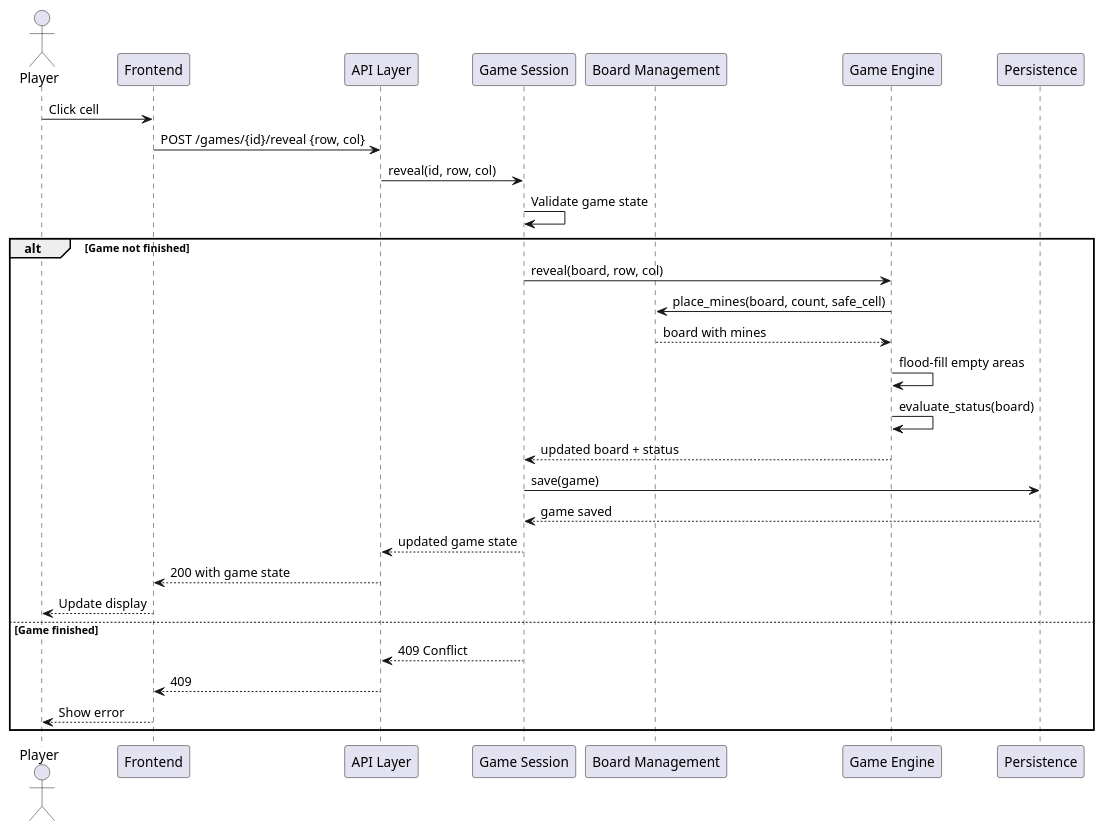
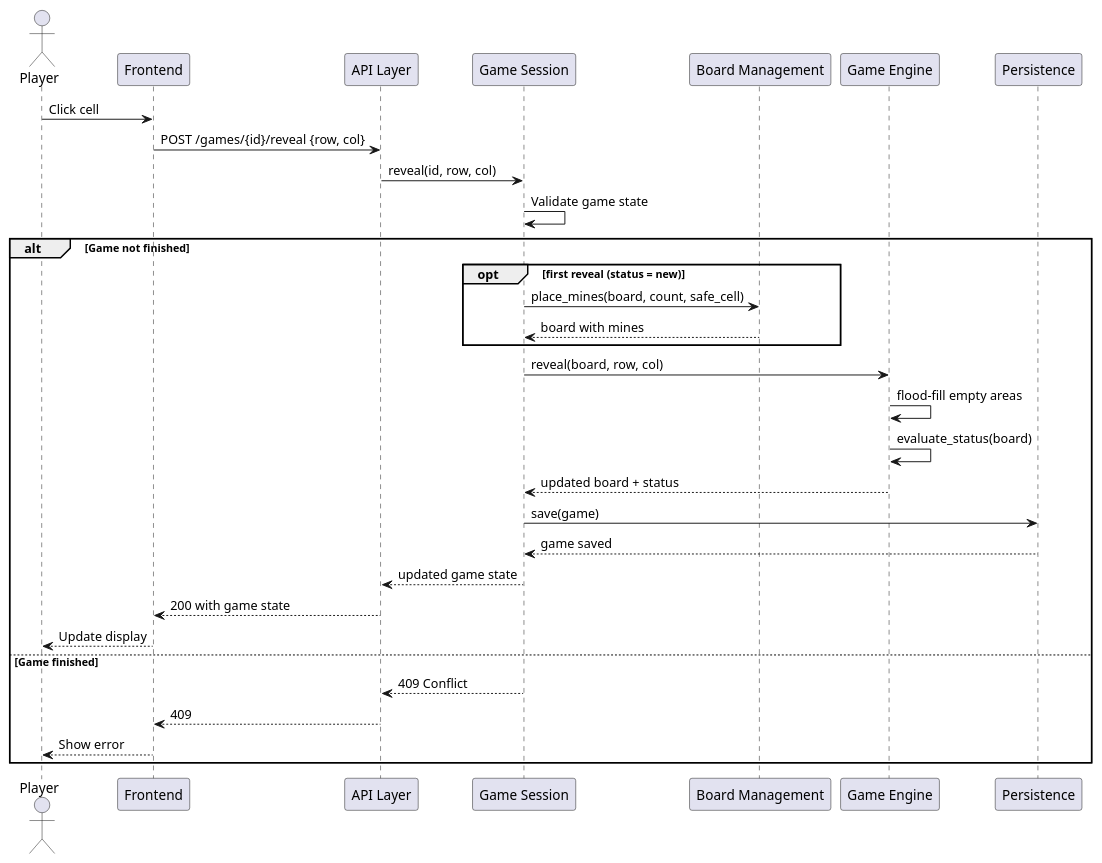
The diagram in architecture/diagrams/runtime-reveal-cell.puml (relunaria/agentic-sdlc-arina-osinnikova), drawn with PlantUML before and after one commit. The commit also changed 4 other files, not shown here.

Commit message:
#3 fix(architecture): place mines on first reveal only; add PlantUML pre-commit hook

```diff
--- a/architecture/diagrams/runtime-reveal-cell.puml
+++ b/architecture/diagrams/runtime-reveal-cell.puml
@@ -1,34 +1,36 @@
 @startuml runtime-reveal-cell
 !pragma layout smetana
 
 actor Player
 participant "Frontend" as FE
 participant "API Layer" as API
 participant "Game Session" as GS
 participant "Board Management" as BM
 participant "Game Engine" as GE
 participant "Persistence" as P
 
 Player -> FE: Click cell
 FE -> API: POST /games/{id}/reveal {row, col}
 API -> GS: reveal(id, row, col)
 GS -> GS: Validate game state
 alt Game not finished
+    opt first reveal (status = new)
+        GS -> BM: place_mines(board, count, safe_cell)
+        BM --> GS: board with mines
+    end
     GS -> GE: reveal(board, row, col)
-    GE -> BM: place_mines(board, count, safe_cell)
-    BM --> GE: board with mines
     GE -> GE: flood-fill empty areas
     GE -> GE: evaluate_status(board)
     GE --> GS: updated board + status
     GS -> P: save(game)
     P --> GS: game saved
     GS --> API: updated game state
     API --> FE: 200 with game state
     FE --> Player: Update display
 else Game finished
     GS --> API: 409 Conflict
     API --> FE: 409
     FE --> Player: Show error
 end
 
 @enduml
```
